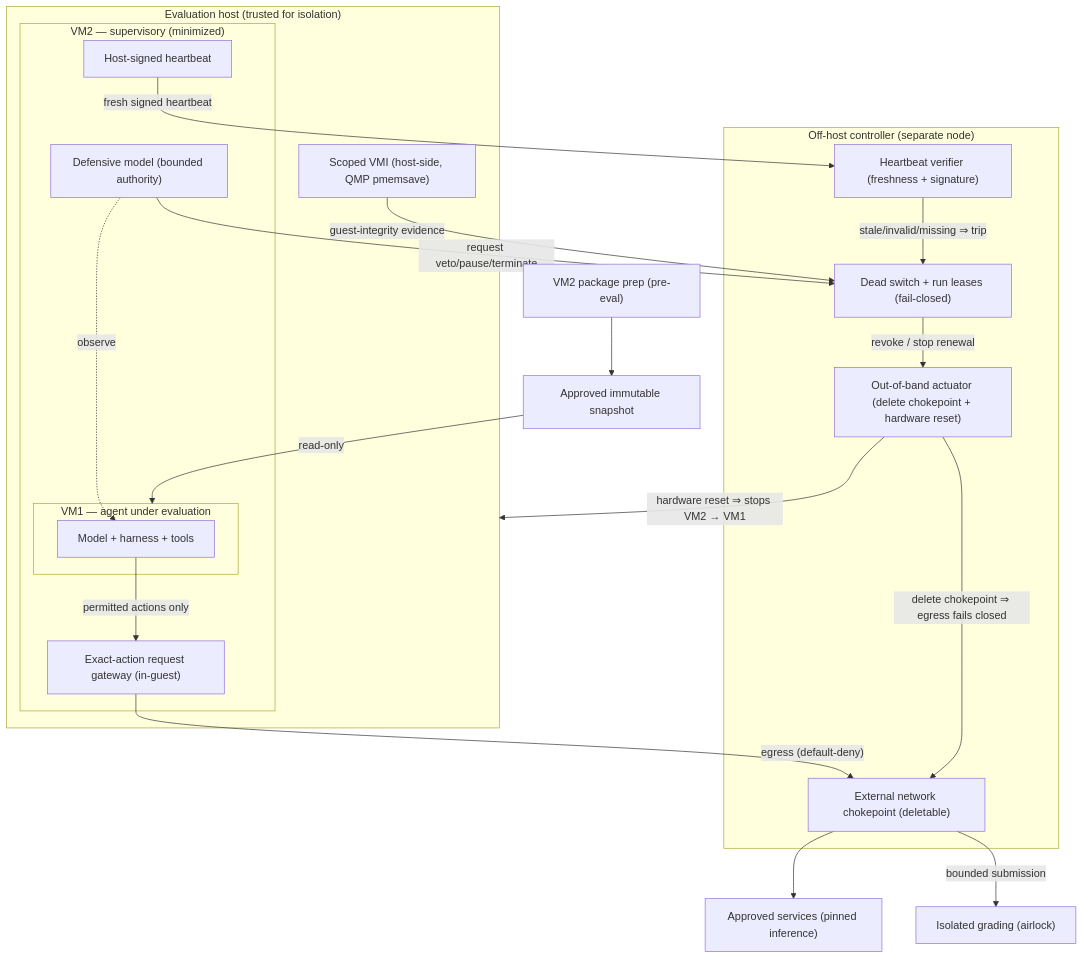
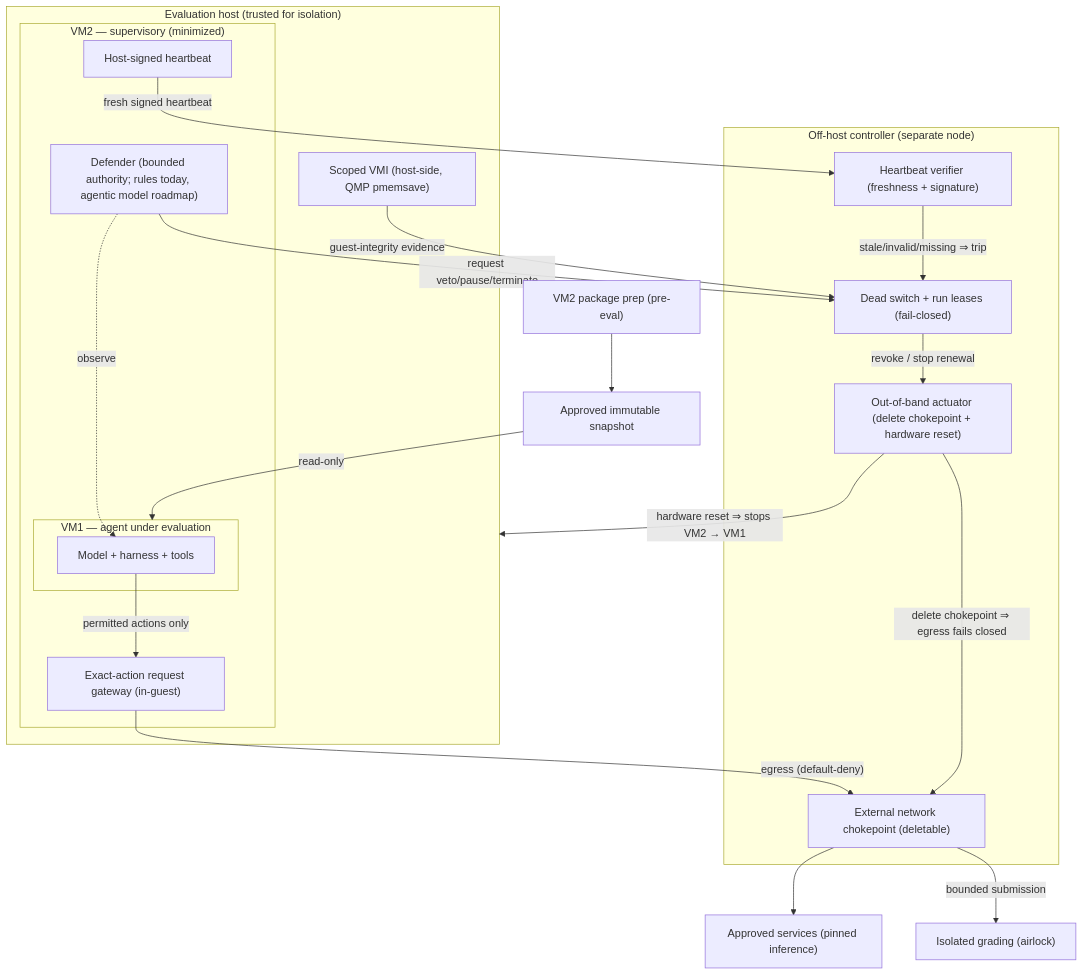
Before and after one commit to twigglits/agent-containment-dead-switch: the diagram in docs/dead-switch-paper.md, drawn with Mermaid. The commit also changed other lines of this file and 2 other files, not shown here.

````diff
--- a/docs/dead-switch-paper.md
+++ b/docs/dead-switch-paper.md
@@ -188,37 +188,37 @@
 ```mermaid
 flowchart TB
     Prep["VM2 package prep (pre-eval)"] --> Snap["Approved immutable snapshot"]
 
     subgraph OFFHOST["Off-host controller (separate node)"]
       Verify["Heartbeat verifier (freshness + signature)"]
       Lease["Dead switch + run leases (fail-closed)"]
       Actuator["Out-of-band actuator (delete chokepoint + hardware reset)"]
       Choke["External network chokepoint (deletable)"]
     end
 
     subgraph HOST["Evaluation host (trusted for isolation)"]
       subgraph VM2["VM2 — supervisory (minimized)"]
         subgraph VM1["VM1 — agent under evaluation"]
           Agent["Model + harness + tools"]
         end
         Intercept["Exact-action request gateway (in-guest)"]
-        Defender["Defensive model (bounded authority)"]
+        Defender["Defender (bounded authority; rules today, agentic model roadmap)"]
         HB["Host-signed heartbeat"]
       end
       VMI["Scoped VMI (host-side, QMP pmemsave)"]
     end
 
     Snap -->|"read-only"| VM1
     Agent -->|"permitted actions only"| Intercept
     Defender -.->|"observe"| Agent
     Intercept -->|"egress (default-deny)"| Choke
     Choke --> Services["Approved services (pinned inference)"]
     Choke -->|"bounded submission"| Grader["Isolated grading (airlock)"]
     HB -->|"fresh signed heartbeat"| Verify
     VMI -->|"guest-integrity evidence"| Lease
     Defender -->|"request veto/pause/terminate"| Lease
     Verify -->|"stale/invalid/missing ⇒ trip"| Lease
     Lease -->|"revoke / stop renewal"| Actuator
     Actuator -->|"delete chokepoint ⇒ egress fails closed"| Choke
     Actuator -->|"hardware reset ⇒ stops VM2 → VM1"| HOST
 ```
````
